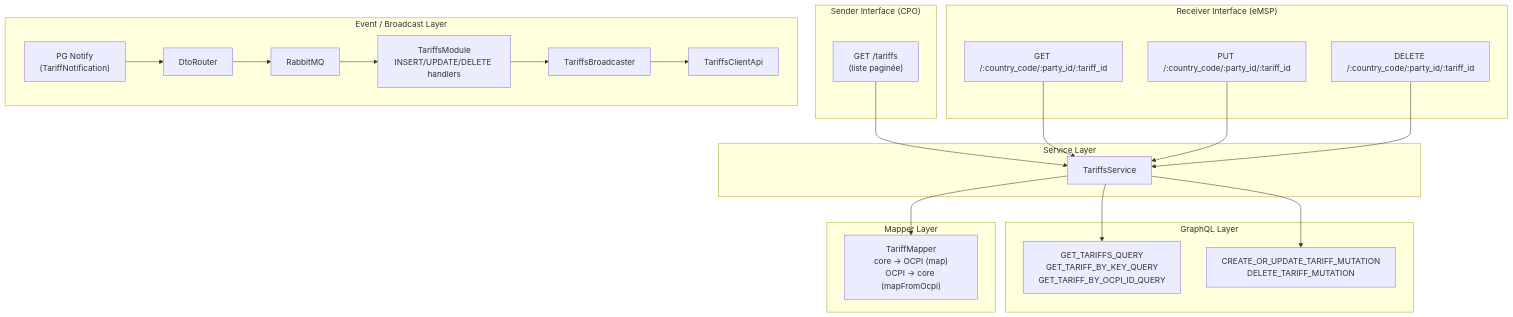
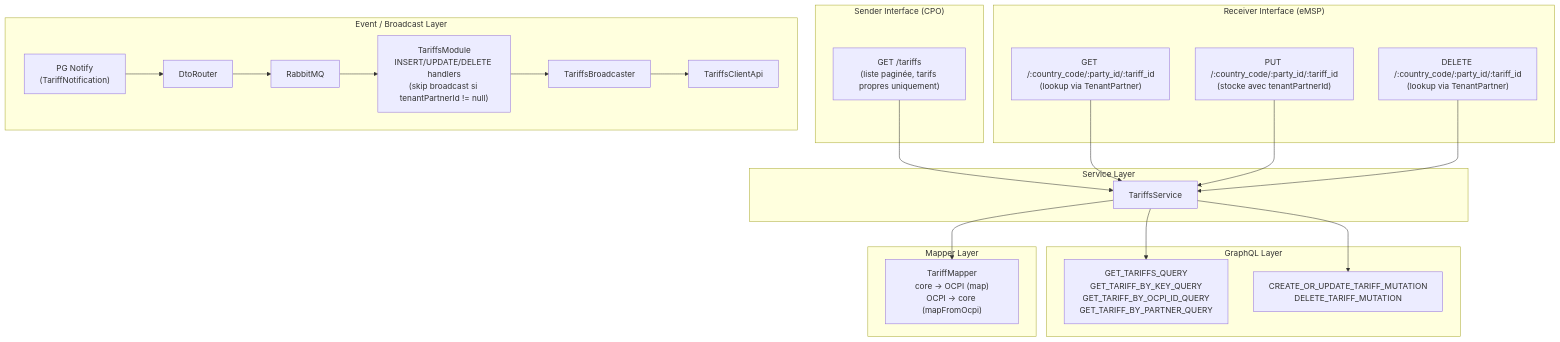
One commit to enexflow/citrineos-ocpi changed the diagram in 03_Modules/Tariffs/README.md. Above: the diagram before and after it, drawn with Mermaid. The commit also changed other lines of this file and 13 other files, not shown here.

Commit message:
fix: adapting model to attach tariffs to tenantPartner

````diff
--- a/03_Modules/Tariffs/README.md
+++ b/03_Modules/Tariffs/README.md
@@ -18,35 +50,35 @@
 ```mermaid
 flowchart TD
     subgraph senderInterface ["Sender Interface (CPO)"]
-        SenderGET["GET /tariffs\n(liste paginée)"]
+        SenderGET["GET /tariffs\n(liste paginée, tarifs propres uniquement)"]
     end
     subgraph receiverInterface ["Receiver Interface (eMSP)"]
-        ReceiverGET["GET /:country_code/:party_id/:tariff_id"]
-        ReceiverPUT["PUT /:country_code/:party_id/:tariff_id"]
-        ReceiverDELETE["DELETE /:country_code/:party_id/:tariff_id"]
+        ReceiverGET["GET /:country_code/:party_id/:tariff_id\n(lookup via TenantPartner)"]
+        ReceiverPUT["PUT /:country_code/:party_id/:tariff_id\n(stocke avec tenantPartnerId)"]
+        ReceiverDELETE["DELETE /:country_code/:party_id/:tariff_id\n(lookup via TenantPartner)"]
     end
     subgraph serviceLayer ["Service Layer"]
         TariffsService["TariffsService"]
     end
     subgraph graphqlLayer ["GraphQL Layer"]
-        Queries["GET_TARIFFS_QUERY\nGET_TARIFF_BY_KEY_QUERY\nGET_TARIFF_BY_OCPI_ID_QUERY"]
+        Queries["GET_TARIFFS_QUERY\nGET_TARIFF_BY_KEY_QUERY\nGET_TARIFF_BY_OCPI_ID_QUERY\nGET_TARIFF_BY_PARTNER_QUERY"]
         Mutations["CREATE_OR_UPDATE_TARIFF_MUTATION\nDELETE_TARIFF_MUTATION"]
     end
     subgraph mapperLayer ["Mapper Layer"]
         TariffMapper["TariffMapper\ncore → OCPI (map)\nOCPI → core (mapFromOcpi)"]
     end
     subgraph eventLayer ["Event / Broadcast Layer"]
         PgNotify["PG Notify\n(TariffNotification)"] --> DtoRouter["DtoRouter"]
         DtoRouter --> RabbitMQ["RabbitMQ"]
-        RabbitMQ --> TariffsModule["TariffsModule\nINSERT/UPDATE/DELETE handlers"]
+        RabbitMQ --> TariffsModule["TariffsModule\nINSERT/UPDATE/DELETE handlers\n(skip broadcast si tenantPartnerId != null)"]
         TariffsModule --> TariffsBroadcaster["TariffsBroadcaster"]
         TariffsBroadcaster --> TariffsClientApi["TariffsClientApi"]
     end
     SenderGET --> TariffsService
     ReceiverGET --> TariffsService
     ReceiverPUT --> TariffsService
     ReceiverDELETE --> TariffsService
     TariffsService --> Queries
     TariffsService --> Mutations
     TariffsService --> TariffMapper
 ```
````
